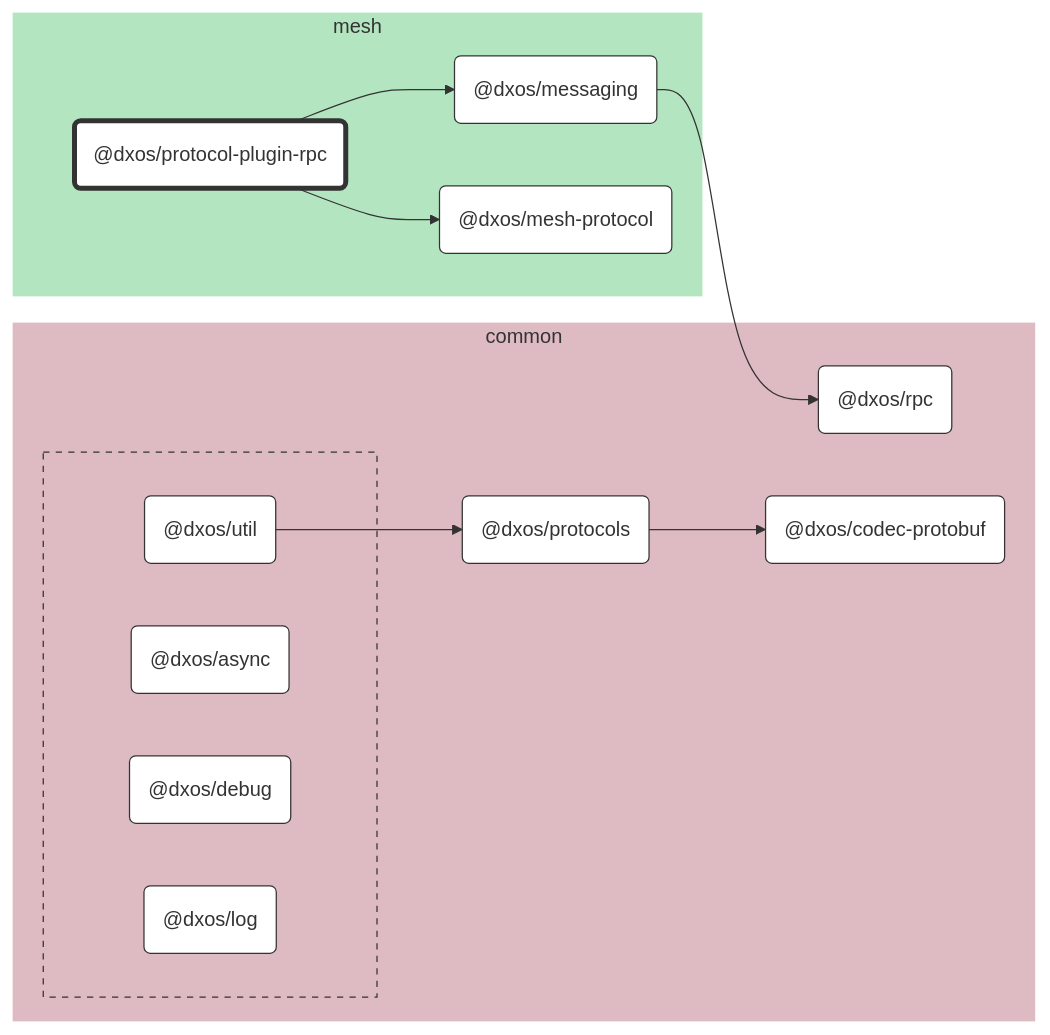
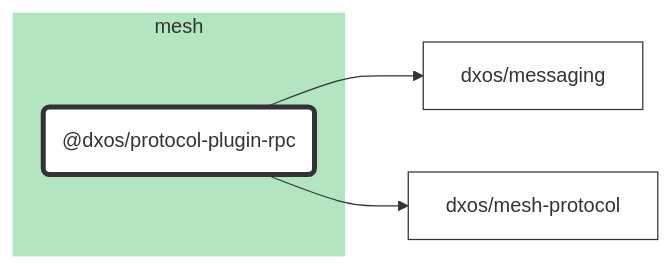
The diagram in packages/mesh/protocol-plugin-rpc/docs/README.md (dxos/dxos), drawn with Mermaid before and after one commit. The commit also changed 84 other files, not shown here.

````diff
--- a/packages/mesh/protocol-plugin-rpc/docs/README.md
+++ b/packages/mesh/protocol-plugin-rpc/docs/README.md
@@ -7,67 +7,22 @@
 ```mermaid
 %%{ init: {'flowchart':{'curve':'basis'}} }%%
 
 flowchart LR
 
-%% Links
-dxos/messaging --> dxos/rpc;
-dxos/protocol-plugin-rpc --> dxos/mesh-protocol;
-dxos/protocol-plugin-rpc --> dxos/messaging;
-dxos/protocols --> dxos/codec-protobuf;
-dxos/util --> dxos/protocols;
+%% Classes
+classDef default fill:#fff,stroke:#333,stroke-width:1px
+classDef root fill:#fff,stroke:#333,stroke-width:4px
 
-%% Sections
-subgraph mesh
-  style mesh fill:#b3e6c0,stroke:#fff;
+%% Nodes
 
-  dxos/mesh-protocol("@dxos/mesh-protocol")
-  dxos/messaging("@dxos/messaging")
-  dxos/protocol-plugin-rpc("@dxos/protocol-plugin-rpc")
+subgraph mesh [mesh]
+  style mesh fill:#b3e6c0,stroke:#fff
+  dxos/protocol-plugin-rpc("@dxos/protocol-plugin-rpc"):::root
+  click dxos/protocol-plugin-rpc "dxos/dxos/tree/main/packages/mesh/protocol-plugin-rpc/docs"
 end
 
-subgraph common
-  style common fill:#debac2,stroke:#fff;
-
-  dxos/codec-protobuf("@dxos/codec-protobuf")
-  dxos/protocols("@dxos/protocols")
-  dxos/rpc("@dxos/rpc")
-
-  subgraph common-excluded [ ]
-    style common-excluded fill:#debac2,stroke:#333,stroke-dasharray:5 5;
-
-    dxos/async("@dxos/async")
-    dxos/debug("@dxos/debug")
-    dxos/log("@dxos/log")
-    dxos/util("@dxos/util")
-  end
-end
-
-
-%% Hyperlinks
-click dxos/async "dxos/dxos/tree/main/packages/common/async/docs";
-click dxos/codec-protobuf "dxos/dxos/tree/main/packages/common/codec-protobuf/docs";
-click dxos/debug "dxos/dxos/tree/main/packages/common/debug/docs";
-click dxos/log "dxos/dxos/tree/main/packages/common/log/docs";
-click dxos/mesh-protocol "dxos/dxos/tree/main/packages/mesh/mesh-protocol/docs";
-click dxos/messaging "dxos/dxos/tree/main/packages/mesh/messaging/docs";
-click dxos/protocols "dxos/dxos/tree/main/packages/common/protocols/docs";
-click dxos/rpc "dxos/dxos/tree/main/packages/common/rpc/docs";
-click dxos/util "dxos/dxos/tree/main/packages/common/util/docs";
-
-%% Styles
-classDef rootNode fill:#fff,stroke:#333,stroke-width:4px
-classDef defaultNode fill:#fff,stroke:#333,stroke-width:1px
+%% Links
 linkStyle default stroke:#333,stroke-width:1px
-
-dxos/protocol-plugin-rpc:::rootNode
-
-dxos/async:::defaultNode
-dxos/codec-protobuf:::defaultNode
-dxos/debug:::defaultNode
-dxos/log:::defaultNode
-dxos/mesh-protocol:::defaultNode
-dxos/messaging:::defaultNode
-dxos/protocols:::defaultNode
-dxos/rpc:::defaultNode
-dxos/util:::defaultNode
+dxos/protocol-plugin-rpc --> dxos/messaging
+dxos/protocol-plugin-rpc --> dxos/mesh-protocol
 ```
````
